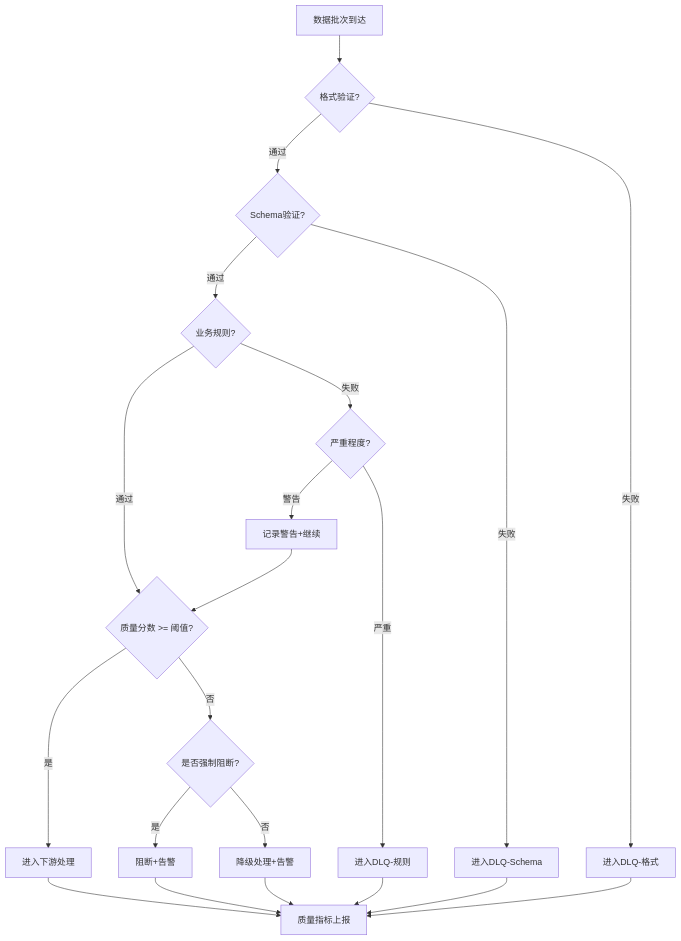
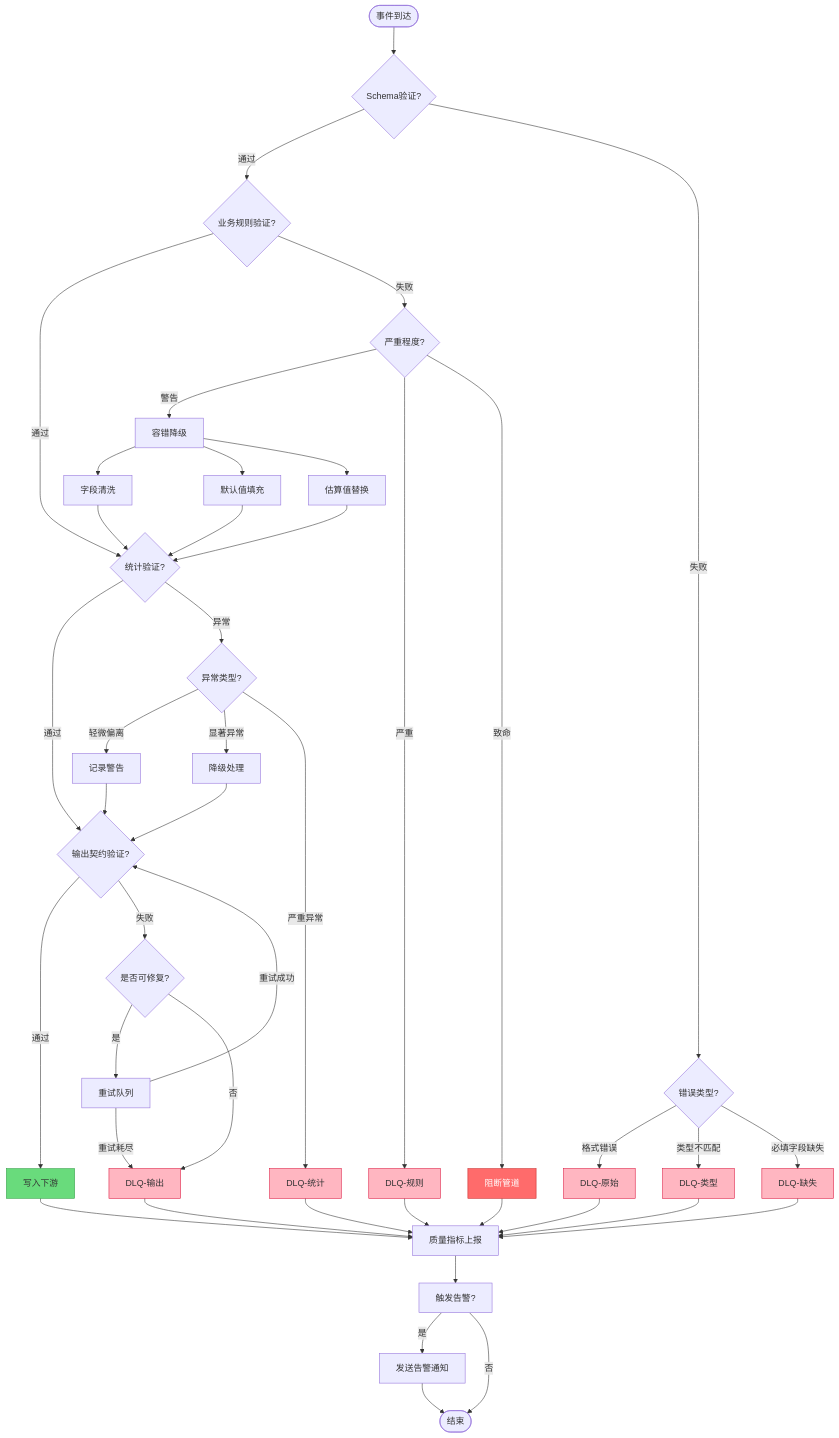
Before and after one commit to AdaMartin18010/AnalysisDataFlow: the third of 4 diagrams in Knowledge/06-frontier/realtime-data-quality-validation.md, drawn with Mermaid. The commit also changed other lines of this file and 24 other files, not shown here.

````diff
--- a/Knowledge/06-frontier/realtime-data-quality-validation.md
+++ b/Knowledge/06-frontier/realtime-data-quality-validation.md
@@ -630,29 +1416,67 @@
 ```mermaid
 flowchart TD
-    A[数据批次到达] --> B{格式验证?}
-    B -->|通过| C{Schema验证?}
-    B -->|失败| D[进入DLQ-格式]
+    Start([事件到达]) --> V1{Schema验证?}
 
-    C -->|通过| E{业务规则?}
-    C -->|失败| F[进入DLQ-Schema]
+    V1 -->|通过| V2{业务规则验证?}
+    V1 -->|失败| E1{错误类型?}
 
-    E -->|通过| G{质量分数 >= 阈值?}
-    E -->|失败| H{严重程度?}
+    E1 -->|格式错误| D1[DLQ-原始]
+    E1 -->|类型不匹配| D2[DLQ-类型]
+    E1 -->|必填字段缺失| D3[DLQ-缺失]
 
-    H -->|警告| I[记录警告+继续]
-    H -->|严重| J[进入DLQ-规则]
+    V2 -->|通过| V3{统计验证?}
+    V2 -->|失败| E2{严重程度?}
 
-    G -->|是| K[进入下游处理]
-    G -->|否| L{是否强制阻断?}
+    E2 -->|警告| R1[容错降级]
+    E2 -->|严重| D4[DLQ-规则]
+    E2 -->|致命| B1[阻断管道]
 
-    L -->|是| M[阻断+告警]
-    L -->|否| N[降级处理+告警]
+    R1 --> R1a[字段清洗]
+    R1 --> R1b[默认值填充]
+    R1 --> R1c[估算值替换]
+    R1a --> V3
+    R1b --> V3
+    R1c --> V3
 
-    I --> G
-    D --> O[质量指标上报]
-    F --> O
-    J --> O
-    K --> O
-    M --> O
-    N --> O
+    V3 -->|通过| V4{输出契约验证?}
+    V3 -->|异常| E3{异常类型?}
+
+    E3 -->|轻微偏离| W1[记录警告]
+    E3 -->|显著异常| R2[降级处理]
+    E3 -->|严重异常| D5[DLQ-统计]
+
+    W1 --> V4
+    R2 --> V4
+
+    V4 -->|通过| S1[写入下游]
+    V4 -->|失败| E4{是否可修复?}
+
+    E4 -->|是| RT1[重试队列]
+    E4 -->|否| D6[DLQ-输出]
+
+    RT1 -->|重试成功| V4
+    RT1 -->|重试耗尽| D6
+
+    D1 --> M1[质量指标上报]
+    D2 --> M1
+    D3 --> M1
+    D4 --> M1
+    B1 --> M1
+    D5 --> M1
+    D6 --> M1
+    S1 --> M1
+
+    M1 --> A1[触发告警?]
+    A1 -->|是| AL1[发送告警通知]
+    A1 -->|否| END([结束])
+    AL1 --> END
+
+    style B1 fill:#FF6B6B,stroke:#C92A2A,color:#fff
+    style S1 fill:#69DB7C,stroke:#2F9E44
+    style D1 fill:#FFB6C1,stroke:#DC143C
+    style D2 fill:#FFB6C1,stroke:#DC143C
+    style D3 fill:#FFB6C1,stroke:#DC143C
+    style D4 fill:#FFB6C1,stroke:#DC143C
+    style D5 fill:#FFB6C1,stroke:#DC143C
+    style D6 fill:#FFB6C1,stroke:#DC143C
 ```
````
